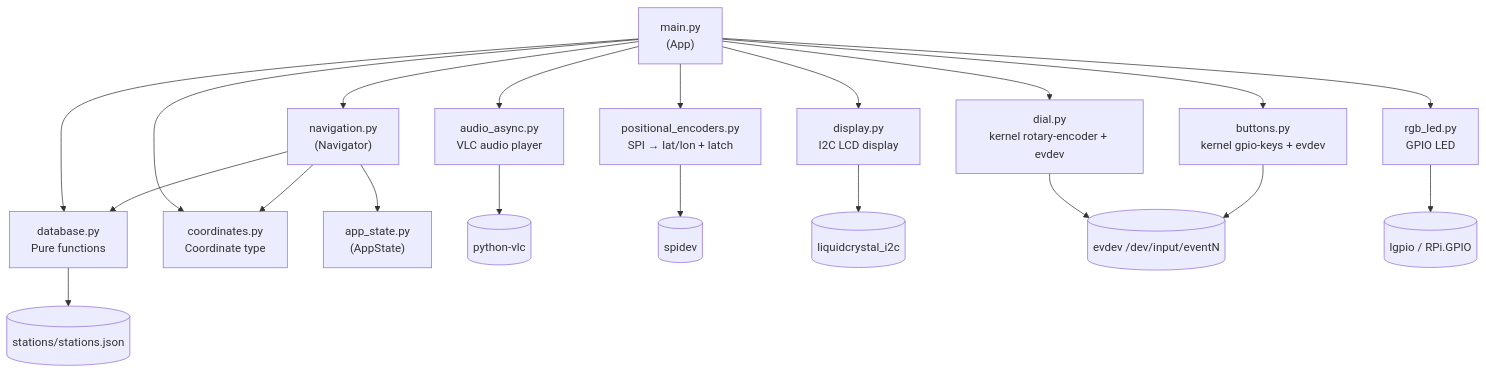
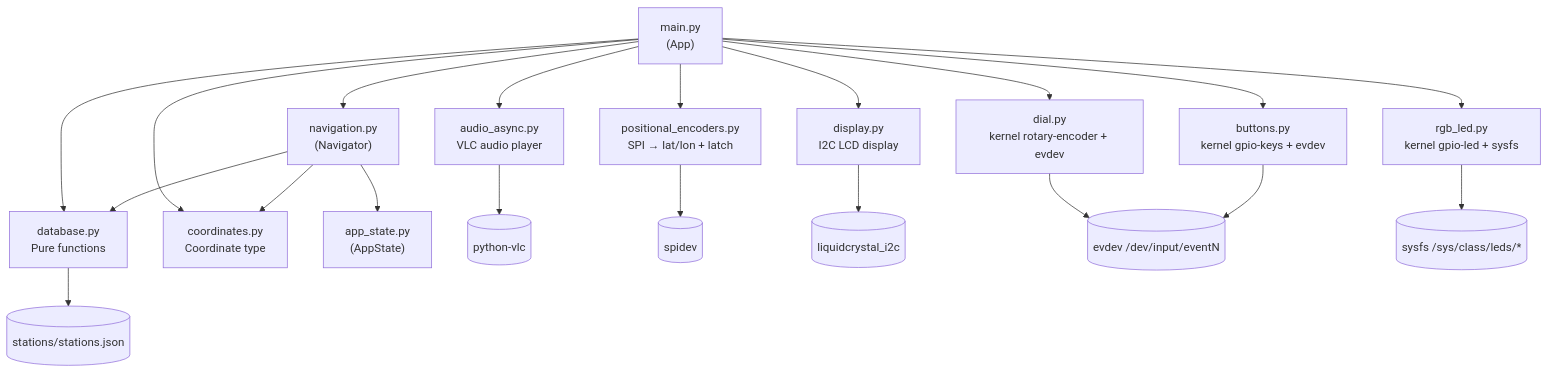
One commit to milnepe/RadioGlobe changed the diagram in ARCHITECTURE.md. Above: the diagram before and after it, drawn with Mermaid. The commit also changed other lines of this file and 10 other files, not shown here.

````diff
--- a/ARCHITECTURE.md
+++ b/ARCHITECTURE.md
@@ -141,26 +141,26 @@
 ```mermaid
 graph TD
     main["main.py\n(App)"]
 
     main --> positional["positional_encoders.py\nSPI → lat/lon + latch"]
     main --> dial["dial.py\nkernel rotary-encoder + evdev"]
     main --> buttons["buttons.py\nkernel gpio-keys + evdev"]
     main --> display["display.py\nI2C LCD display"]
-    main --> led["rgb_led.py\nGPIO LED"]
+    main --> led["rgb_led.py\nkernel gpio-led + sysfs"]
     main --> audio["audio_async.py\nVLC audio player"]
     main --> nav["navigation.py\n(Navigator)"]
     main --> database["database.py\nPure functions"]
     main --> coordinates["coordinates.py\nCoordinate type"]
 
     nav --> appstate["app_state.py\n(AppState)"]
     nav --> database
     nav --> coordinates
 
     database --> stations[("stations/stations.json")]
     audio --> vlc[("python-vlc")]
     positional --> spidev[("spidev")]
     display --> i2c[("liquidcrystal_i2c")]
     dial --> input[("evdev /dev/input/eventN")]
     buttons --> input
-    led --> gpio[("lgpio / RPi.GPIO")]
+    led --> sysfs[("sysfs /sys/class/leds/*")]
 ```
````
